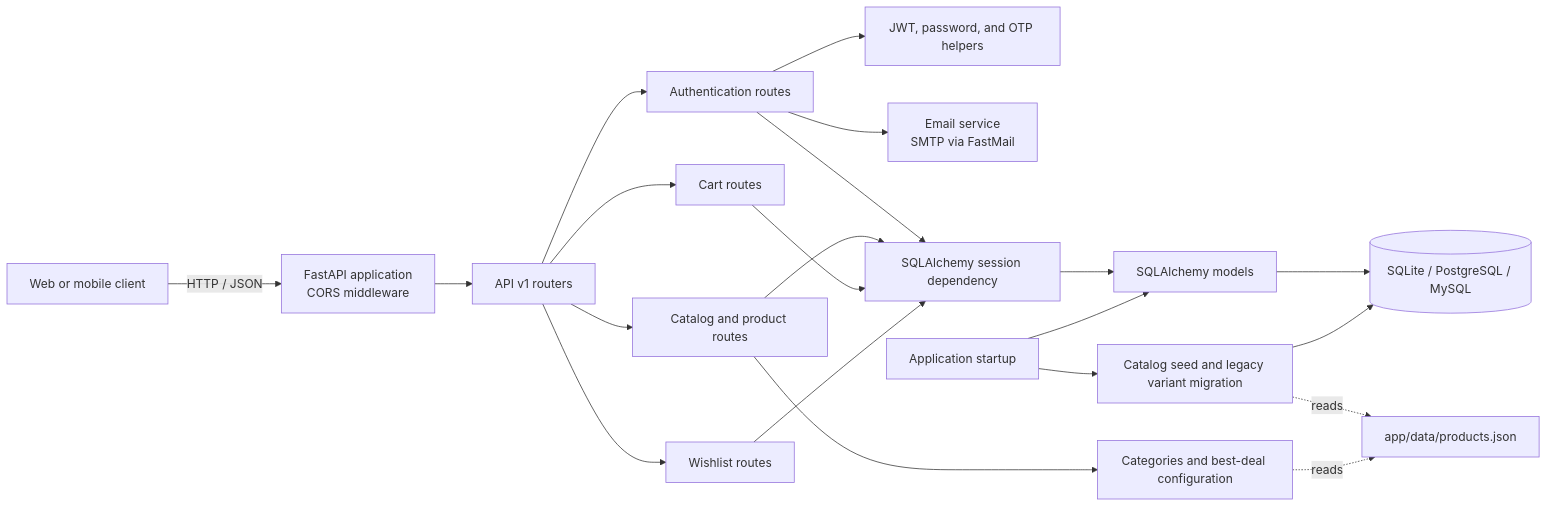
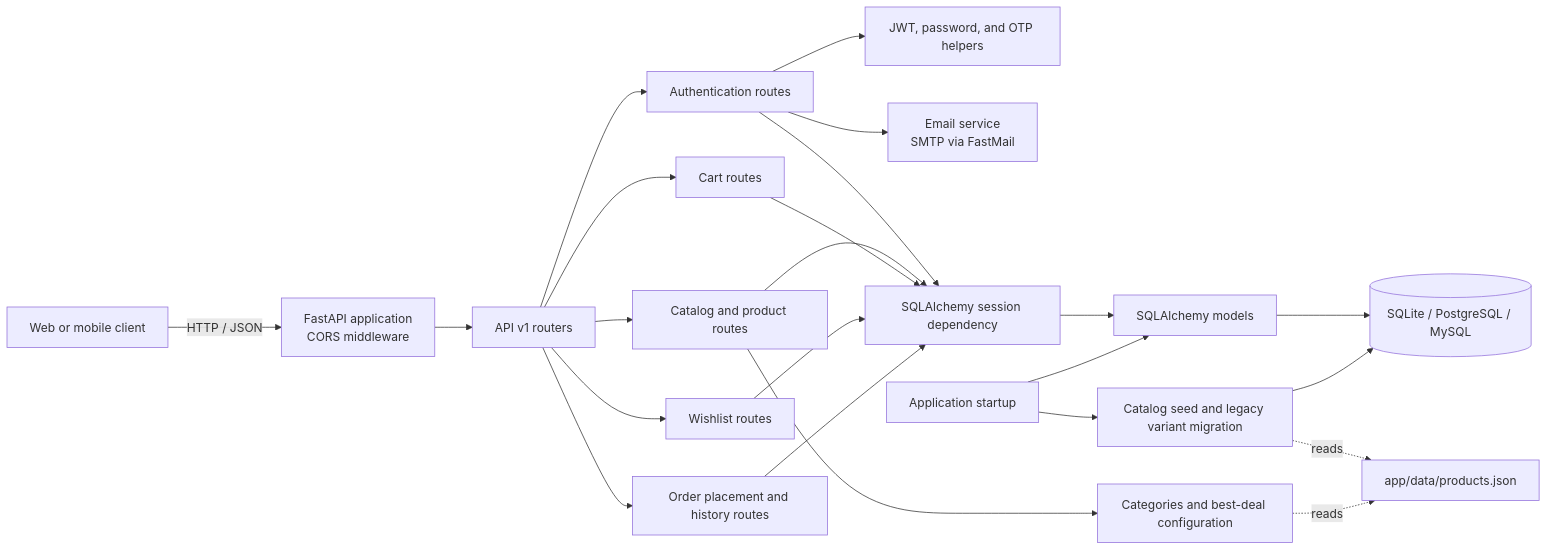
Before and after one commit to manishathete26/shopkart-api: the first of 2 diagrams in README.md, drawn with Mermaid. The commit also changed other lines of this file and 9 other files, not shown here.

Commit message:
Order history: first implementation

````diff
--- a/README.md
+++ b/README.md
@@ -7,25 +7,27 @@
 ```mermaid
 flowchart LR
     Client[Web or mobile client] -->|HTTP / JSON| API[FastAPI application\nCORS middleware]
     API --> Routes[API v1 routers]
     Routes --> Auth[Authentication routes]
     Routes --> Catalog[Catalog and product routes]
     Routes --> Cart[Cart routes]
     Routes --> Wishlist[Wishlist routes]
+    Routes --> Orders[Order placement and history routes]
 
     Auth --> Security[JWT, password, and OTP helpers]
     Auth --> Mail[Email service\nSMTP via FastMail]
     Auth --> DBSession[SQLAlchemy session dependency]
     Catalog --> DBSession
     Cart --> DBSession
     Wishlist --> DBSession
+    Orders --> DBSession
     DBSession --> ORM[SQLAlchemy models]
     ORM --> Database[(SQLite / PostgreSQL / MySQL)]
 
     Startup[Application startup] --> ORM
     Startup --> CatalogSeed[Catalog seed and legacy variant migration]
     CatalogSeed --> Database
     CatalogSeed -. reads .-> ProductJSON[app/data/products.json]
     Catalog --> StaticCatalog[Categories and best-deal configuration]
     StaticCatalog -. reads .-> ProductJSON
 ```
````
